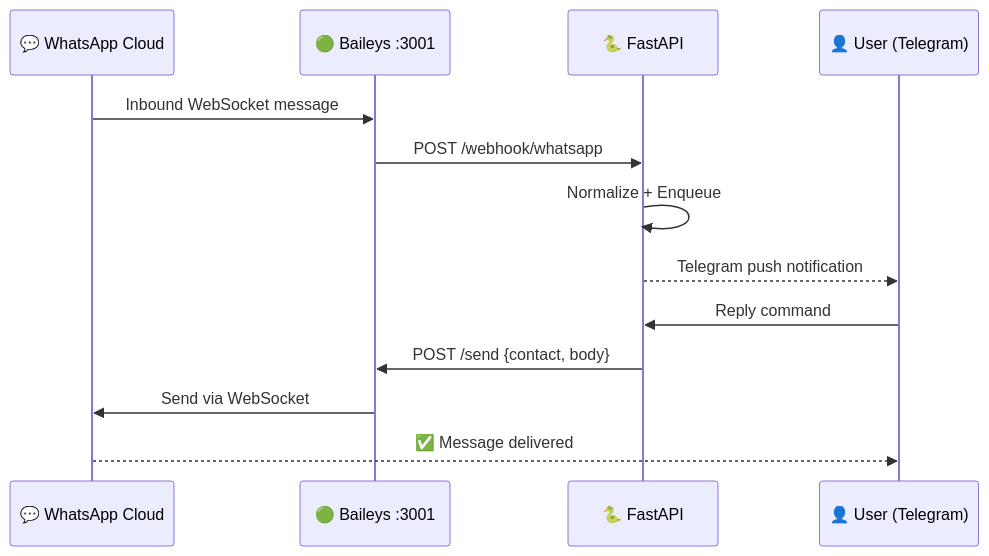
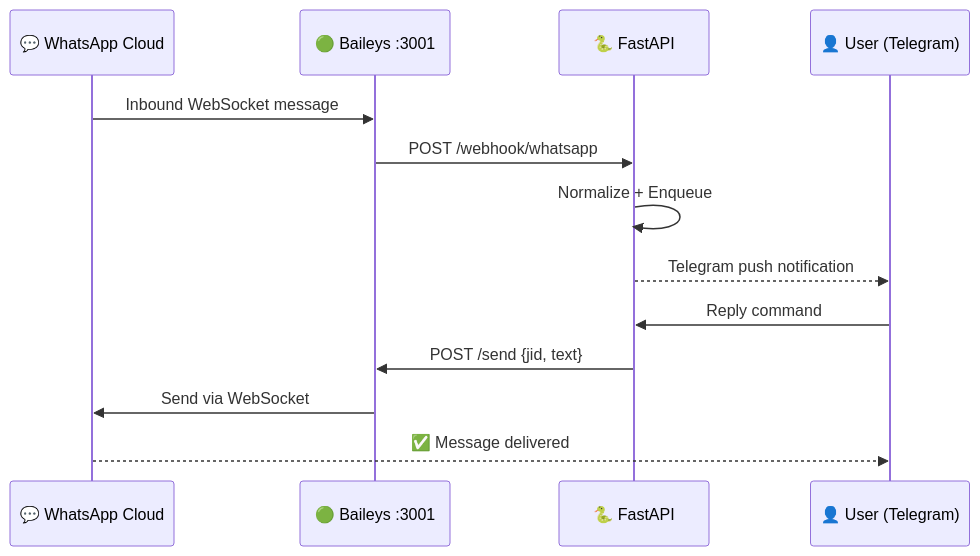
The eighth of 15 diagrams in README.md (aanandmodi/ARIA), drawn with Mermaid before and after one commit. The commit also changed other lines of this file, not shown here.

Commit message:
docs: complete rewrite of README.md with detailed NLU pipelines, database schema, LID-JID engineering insights, and Mermaid flowcharts

````diff
--- a/README.md
+++ b/README.md
@@ -321,17 +359,17 @@
 ```mermaid
 sequenceDiagram
     participant WA as 💬 WhatsApp Cloud
     participant BA as 🟢 Baileys :3001
     participant FA as 🐍 FastAPI
     participant US as 👤 User (Telegram)
 
     WA->>BA: Inbound WebSocket message
     BA->>FA: POST /webhook/whatsapp
     FA->>FA: Normalize + Enqueue
     FA-->>US: Telegram push notification
 
     US->>FA: Reply command
-    FA->>BA: POST /send {contact, body}
+    FA->>BA: POST /send {jid, text}
     BA->>WA: Send via WebSocket
     WA-->>US: ✅ Message delivered
 ```
````
